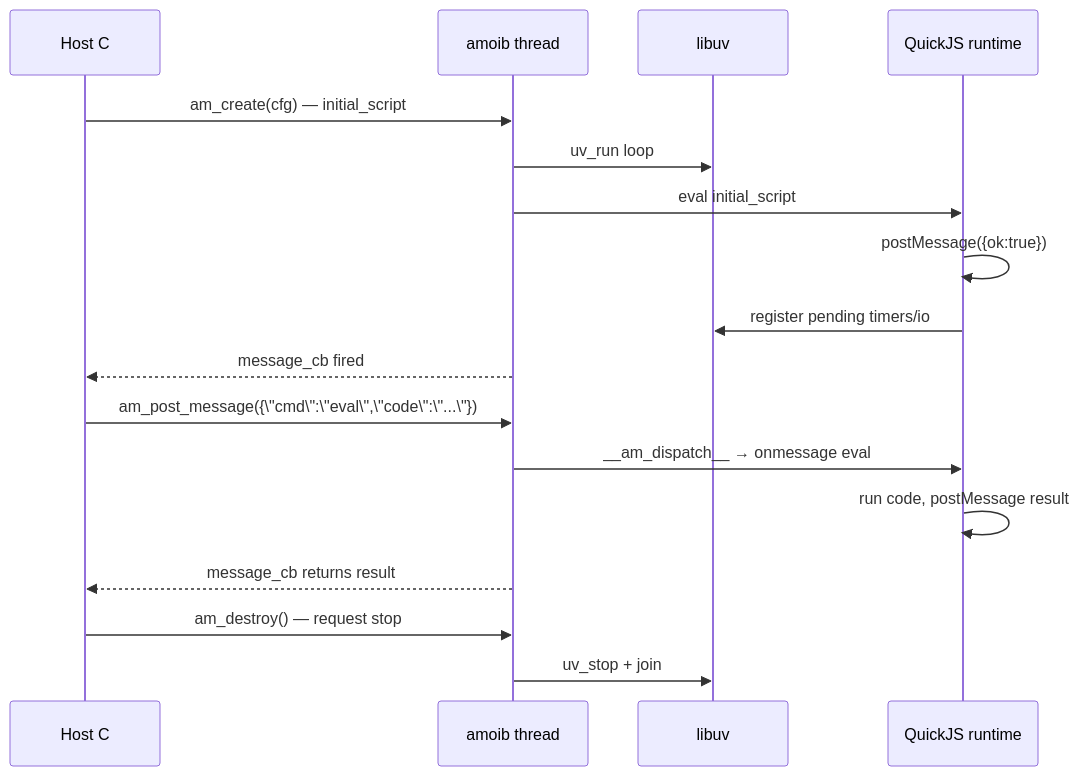
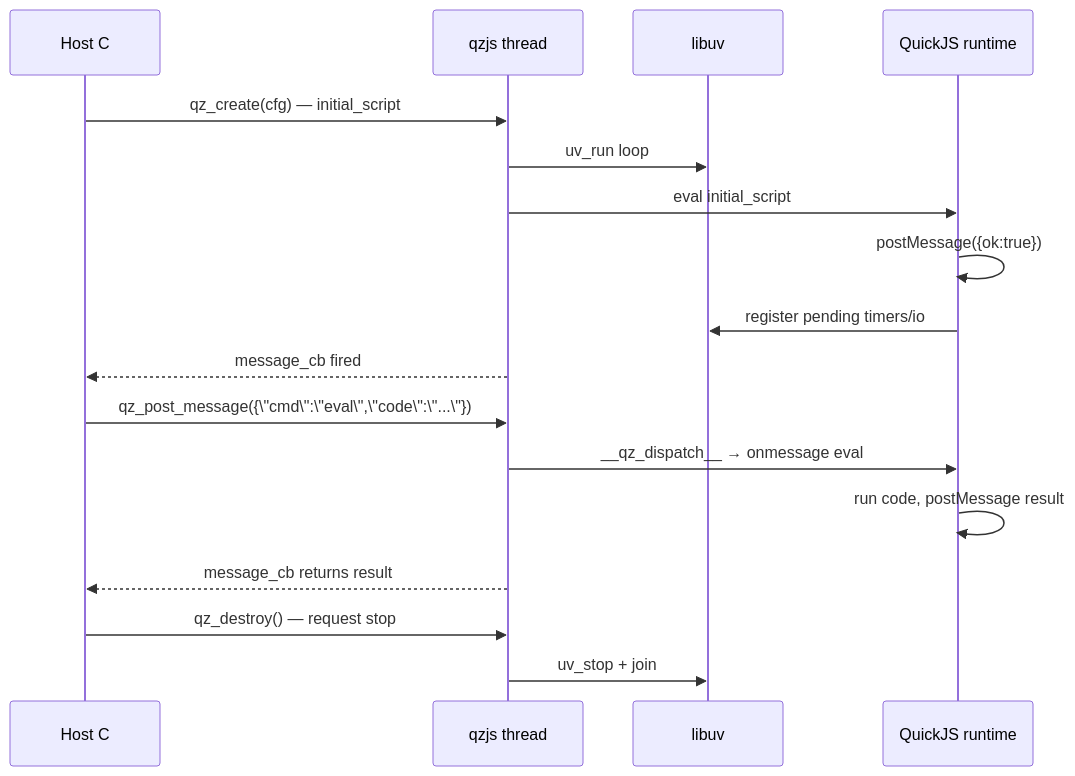
The diagram in brain/flow.md (adam-ikari/qwrt), drawn with Mermaid before and after one commit. The commit also changed other lines of this file and 349 other files, not shown here.

````diff
--- a/brain/flow.md
+++ b/brain/flow.md
@@ -12,19 +12,19 @@
 ```mermaid
 sequenceDiagram
   participant H as Host C
-  participant Q as amoib thread
+  participant Q as qzjs thread
   participant L as libuv
   participant J as QuickJS runtime
-  H->>Q: am_create(cfg) — initial_script
+  H->>Q: qz_create(cfg) — initial_script
   Q->>L: uv_run loop
   Q->>J: eval initial_script
   J->>J: postMessage({ok:true})
   J->>L: register pending timers/io
   Q-->>H: message_cb fired
-  H->>Q: am_post_message({\"cmd\":\"eval\",\"code\":\"...\"})
-  Q->>J: __am_dispatch__ → onmessage eval
+  H->>Q: qz_post_message({\"cmd\":\"eval\",\"code\":\"...\"})
+  Q->>J: __qz_dispatch__ → onmessage eval
   J->>J: run code, postMessage result
   Q-->>H: message_cb returns result
-  H->>Q: am_destroy() — request stop
+  H->>Q: qz_destroy() — request stop
   Q->>L: uv_stop + join
 ```
````
